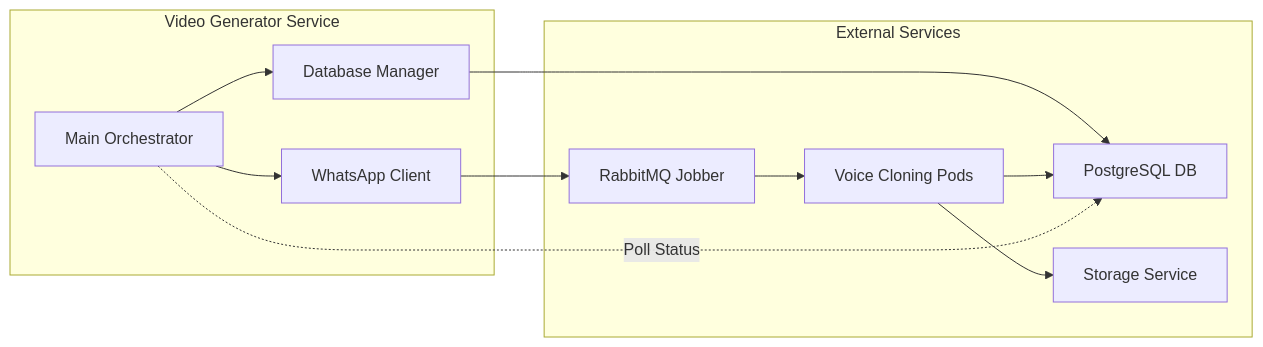
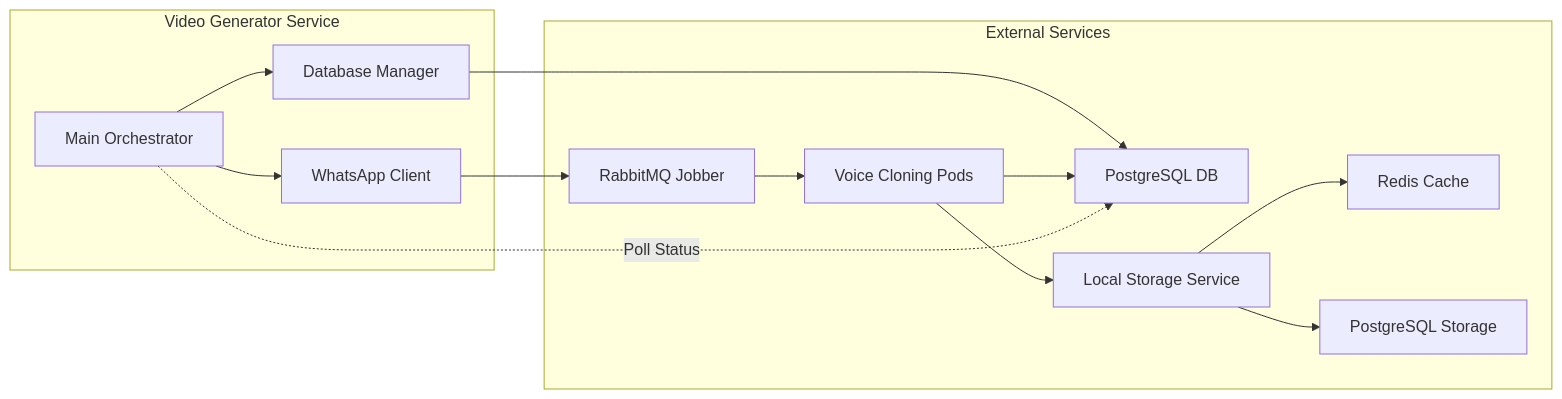
Before and after one commit to ragnarcb/makeMoney: the sixth of 6 diagrams in README.md, drawn with Mermaid. The commit also changed other lines of this file and 4 other files, not shown here.

First line of the commit message:
Enhance README documentation and integrate local storage service

````diff
--- a/README.md
+++ b/README.md
@@ -174,25 +277,29 @@
 ```mermaid
 flowchart LR
     subgraph "Video Generator Service"
         A[Main Orchestrator]
         B[Database Manager]
         C[WhatsApp Client]
     end
     
     subgraph "External Services"
         D[PostgreSQL DB]
         E[RabbitMQ Jobber]
         F[Voice Cloning Pods]
-        G[Storage Service]
+        G[Local Storage Service]
+        H[Redis Cache]
+        I[PostgreSQL Storage]
     end
     
     A --> B
     B --> D
     A --> C
     C --> E
     E --> F
     F --> D
     F --> G
+    G --> H
+    G --> I
     
     A -.->|Poll Status| D
 ```
````
